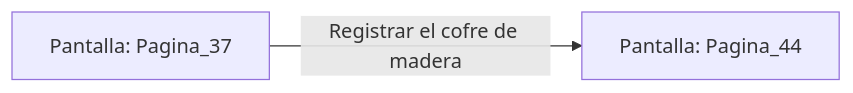
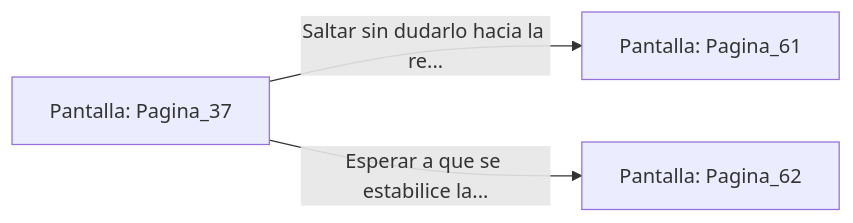
The diagram in sample/eligejuego-vault/Pantalla_Pagina_37.md (metsuke/mpl), drawn with Mermaid before and after one commit. The commit also changed other lines of this file and 635 other files, not shown here.

First line of the commit message:
fix: añadir Pagina_1 como pantalla inicial en capitulo_01.mpl

````diff
--- a/sample/eligejuego-vault/Pantalla_Pagina_37.md
+++ b/sample/eligejuego-vault/Pantalla_Pagina_37.md
@@ -14,5 +24,6 @@
 ```mermaid
 graph LR
     P_Pagina_37["Pantalla: Pagina_37"]
-    P_Pagina_37 -->|"Registrar el cofre de madera"| P_Pagina_44["Pantalla: Pagina_44"]
+    P_Pagina_37 -->|"Saltar sin dudarlo hacia la re..."| P_Pagina_61["Pantalla: Pagina_61"]
+    P_Pagina_37 -->|"Esperar a que se estabilice la..."| P_Pagina_62["Pantalla: Pagina_62"]
 ```
````
